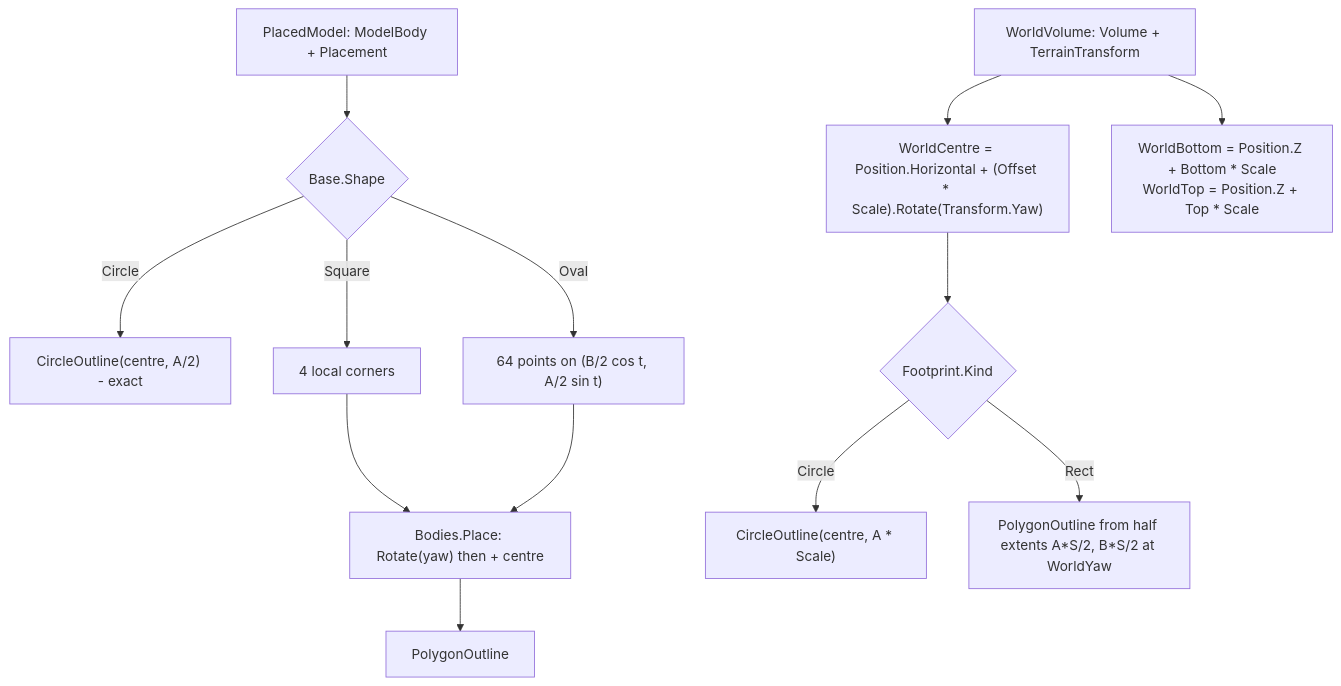
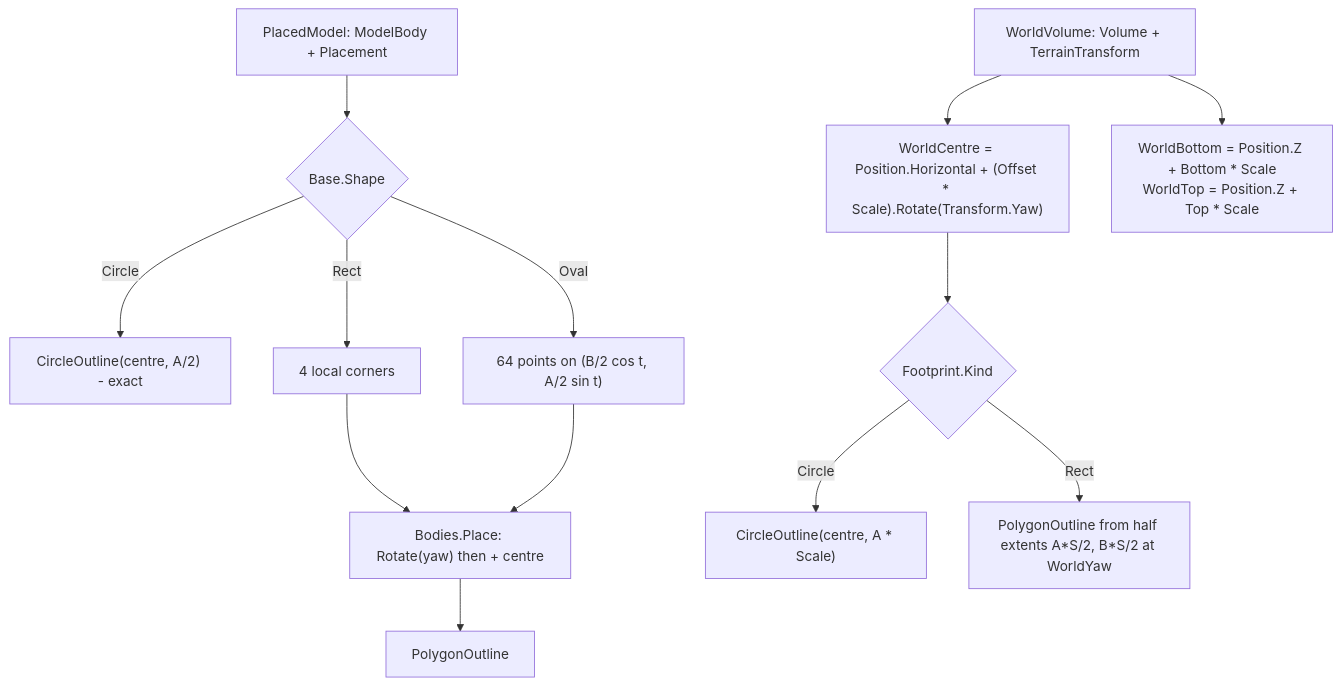
One commit to cstupi/tabletop changed the fourth of 12 diagrams in docs/design/geometry/design.md. Above: the diagram before and after it, drawn with Mermaid. The commit also changed other lines of this file and 23 other files, not shown here.

````diff
--- a/docs/design/geometry/design.md
+++ b/docs/design/geometry/design.md
@@ -277,15 +277,15 @@
 ```mermaid
 flowchart TD
     PM["PlacedModel: ModelBody + Placement"] --> BS{"Base.Shape"}
     BS -->|Circle| CO["CircleOutline(centre, A/2) - exact"]
-    BS -->|Square| SQ["4 local corners"]
+    BS -->|Rect| SQ["4 local corners"]
     BS -->|Oval| OV["64 points on (B/2 cos t, A/2 sin t)"]
     SQ --> PL["Bodies.Place: Rotate(yaw) then + centre"]
     OV --> PL
     PL --> PO["PolygonOutline"]
     WV["WorldVolume: Volume + TerrainTransform"] --> WC["WorldCentre = Position.Horizontal + (Offset * Scale).Rotate(Transform.Yaw)"]
     WC --> FK{"Footprint.Kind"}
     FK -->|Circle| WCO["CircleOutline(centre, A * Scale)"]
     FK -->|Rect| WPO["PolygonOutline from half extents A*S/2, B*S/2 at WorldYaw"]
     WV --> VR["WorldBottom = Position.Z + Bottom * Scale<br/>WorldTop = Position.Z + Top * Scale"]
 ```
````
